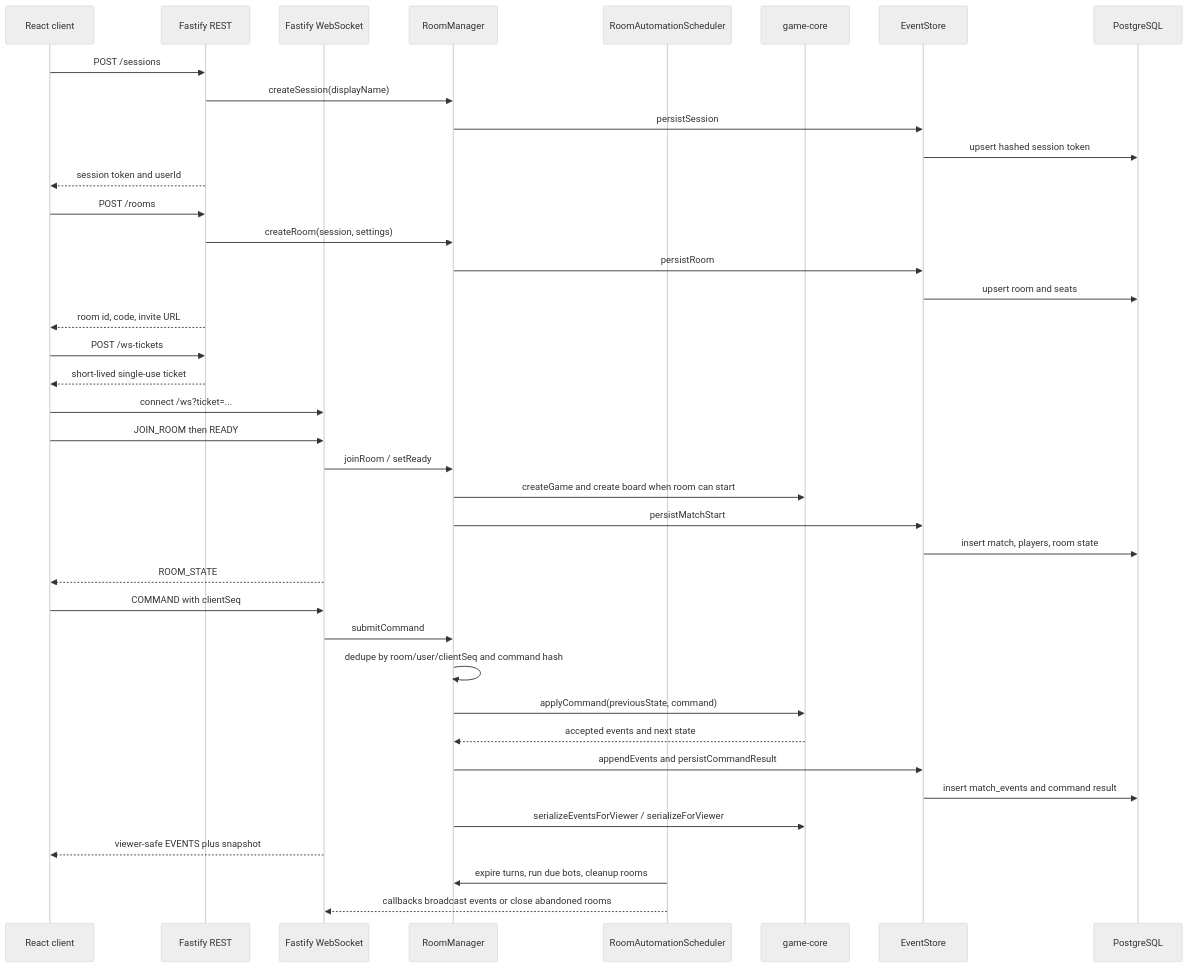
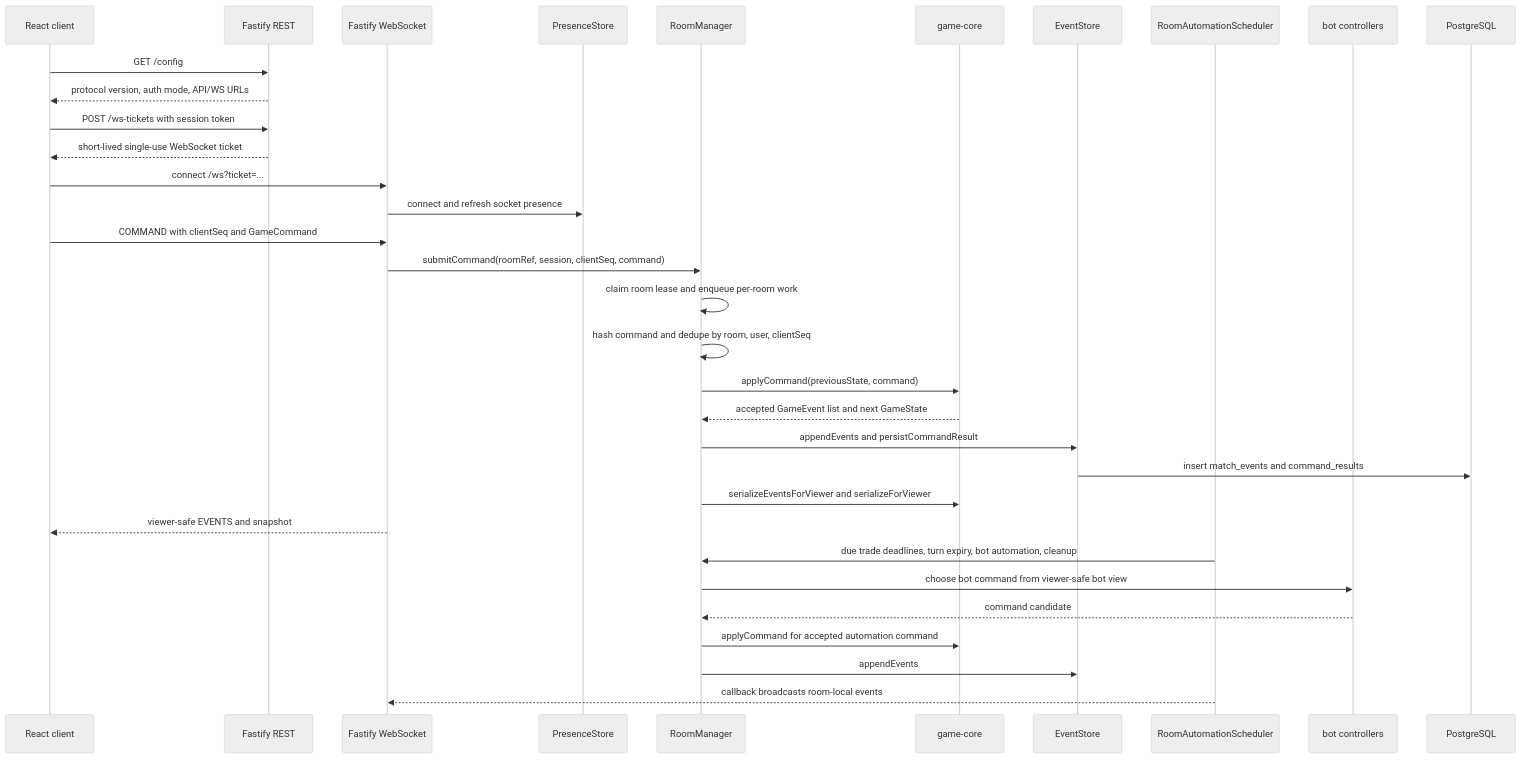
One commit to sahnsookyung/colonizt changed the sixth of 10 diagrams in docs/architecture.md. Above: the diagram before and after it, drawn with Mermaid (neutral theme). The commit also changed other lines of this file and 48 other files, not shown here.

Commit message:
Stabilize multiplayer rooms and game UI

````diff
--- a/docs/architecture.md
+++ b/docs/architecture.md
@@ -119,46 +283,38 @@
 ```mermaid
 sequenceDiagram
   participant Client as React client
   participant API as Fastify REST
   participant Socket as Fastify WebSocket
+  participant Presence as PresenceStore
   participant Manager as RoomManager
-  participant Scheduler as RoomAutomationScheduler
   participant Core as game-core
   participant Store as EventStore
+  participant Scheduler as RoomAutomationScheduler
+  participant Bots as bot controllers
   participant DB as PostgreSQL
 
-  Client->>API: POST /sessions
-  API->>Manager: createSession(displayName)
-  Manager->>Store: persistSession
-  Store->>DB: upsert hashed session token
-  API-->>Client: session token and userId
+  Client->>API: GET /config
+  API-->>Client: protocol version, auth mode, API/WS URLs
+  Client->>API: POST /ws-tickets with session token
+  API-->>Client: short-lived single-use WebSocket ticket
+  Client->>Socket: connect /ws?ticket=...
+  Socket->>Presence: connect and refresh socket presence
 
-  Client->>API: POST /rooms
-  API->>Manager: createRoom(session, settings)
-  Manager->>Store: persistRoom
-  Store->>DB: upsert room and seats
-  API-->>Client: room id, code, invite URL
+  Client->>Socket: COMMAND with clientSeq and GameCommand
+  Socket->>Manager: submitCommand(roomRef, session, clientSeq, command)
+  Manager->>Manager: claim room lease and enqueue per-room work
+  Manager->>Manager: hash command and dedupe by room, user, clientSeq
+  Manager->>Core: applyCommand(previousState, command)
+  Core-->>Manager: accepted GameEvent list and next GameState
+  Manager->>Store: appendEvents and persistCommandResult
+  Store->>DB: insert match_events and command_results
+  Manager->>Core: serializeEventsForViewer and serializeForViewer
+  Socket-->>Client: viewer-safe EVENTS and snapshot
 
-  Client->>API: POST /ws-tickets
-  API-->>Client: short-lived single-use ticket
-  Client->>Socket: connect /ws?ticket=...
-  Client->>Socket: JOIN_ROOM then READY
-  Socket->>Manager: joinRoom / setReady
-  Manager->>Core: createGame and create board when room can start
-  Manager->>Store: persistMatchStart
-  Store->>DB: insert match, players, room state
-  Socket-->>Client: ROOM_STATE
-
-  Client->>Socket: COMMAND with clientSeq
-  Socket->>Manager: submitCommand
-  Manager->>Manager: dedupe by room/user/clientSeq and command hash
-  Manager->>Core: applyCommand(previousState, command)
-  Core-->>Manager: accepted events and next state
-  Manager->>Store: appendEvents and persistCommandResult
-  Store->>DB: insert match_events and command result
-  Manager->>Core: serializeEventsForViewer / serializeForViewer
-  Socket-->>Client: viewer-safe EVENTS plus snapshot
-
-  Scheduler->>Manager: expire turns, run due bots, cleanup rooms
-  Scheduler-->>Socket: callbacks broadcast events or close abandoned rooms
+  Scheduler->>Manager: due trade deadlines, turn expiry, bot automation, cleanup
+  Manager->>Bots: choose bot command from viewer-safe bot view
+  Bots-->>Manager: command candidate
+  Manager->>Core: applyCommand for accepted automation command
+  Manager->>Store: appendEvents
+  Scheduler-->>Socket: callback broadcasts room-local events
 ```
````
